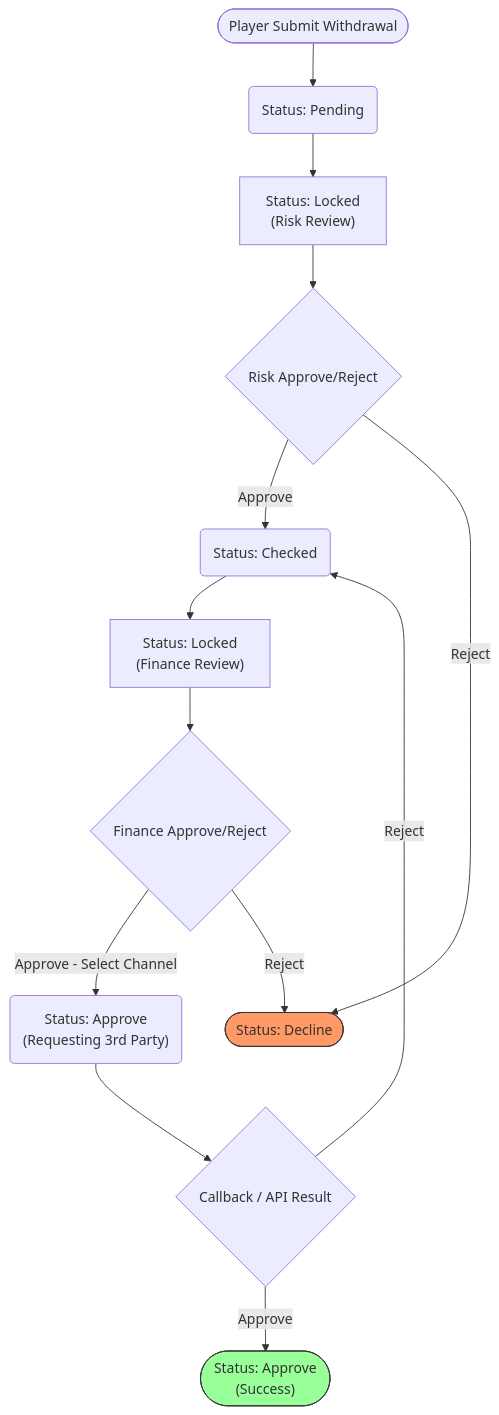
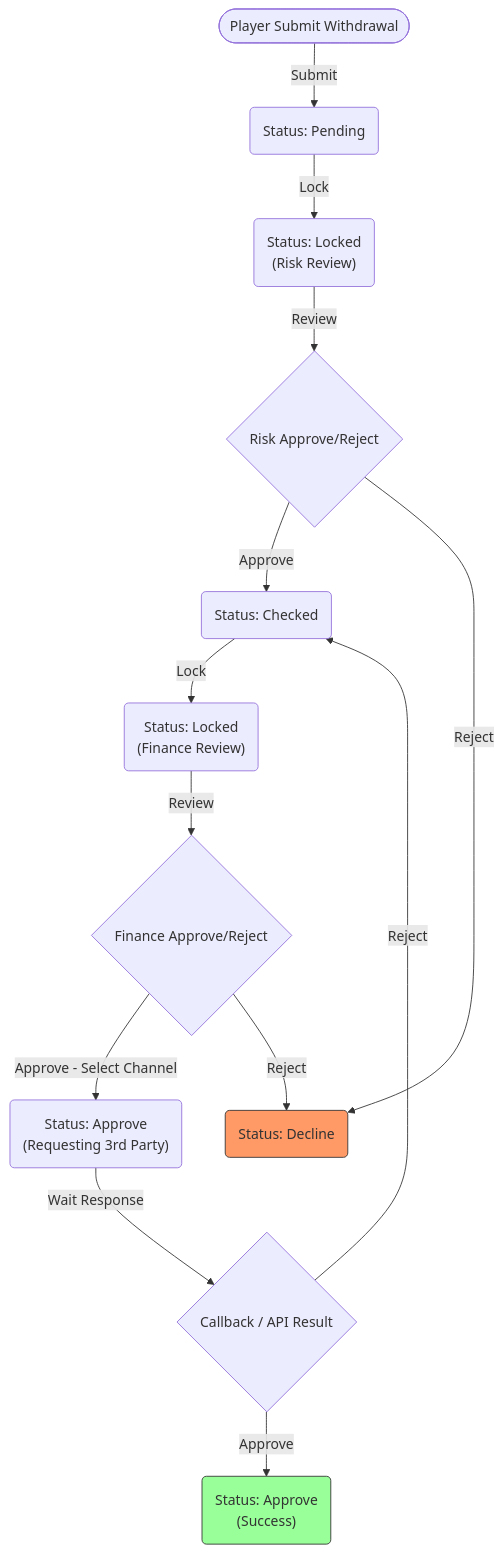
The first of 2 diagrams in no99_archive/sitflowchart.md (almightyken0425/SuSuGiGiSpec), drawn with Mermaid before and after one commit. The commit also changed other lines of this file, not shown here.

````diff
--- a/no99_archive/sitflowchart.md
+++ b/no99_archive/sitflowchart.md
@@ -29,36 +29,36 @@
 ```mermaid
 graph TD
     %% 節點定義
     Start(["Player Submit Withdrawal"])
     Pending("Status: Pending")
-    RiskLock["Status: Locked<br/>(Risk Review)"]
+    RiskLock("Status: Locked<br/>(Risk Review)")
     RiskAction{"Risk Approve/Reject"}
     Checked("Status: Checked")
-    FinanceLock["Status: Locked<br/>(Finance Review)"]
+    FinanceLock("Status: Locked<br/>(Finance Review)")
     FinanceAction{"Finance Approve/Reject"}
     ApproveReq("Status: Approve<br/>(Requesting 3rd Party)")
-    Decline(["Status: Decline"])
-    Success(["Status: Approve<br/>(Success)"])
+    Decline("Status: Decline")
+    Success("Status: Approve<br/>(Success)")
     Callback{"Callback / API Result"}
 
-    Start --> Pending
-    Pending --> RiskLock
-    RiskLock --> RiskAction
+    Start -->|"Submit"| Pending
+    Pending -->|"Lock"| RiskLock
+    RiskLock -->|"Review"| RiskAction
     
     RiskAction -->|"Approve"| Checked
-    Checked --> FinanceLock
-    FinanceLock --> FinanceAction
+    Checked -->|"Lock"| FinanceLock
+    FinanceLock -->|"Review"| FinanceAction
     
     FinanceAction -->|"Approve - Select Channel"| ApproveReq
 
     RiskAction -->|"Reject"| Decline
     FinanceAction -->|"Reject"| Decline
     
-    ApproveReq --> Callback
+    ApproveReq -->|"Wait Response"| Callback
 
     Callback -->|"Approve"| Success
     Callback -->|"Reject"| Checked
 
     style Decline fill:#f96,stroke:#333
     style Success fill:#9f9,stroke:#333
 ```
````
